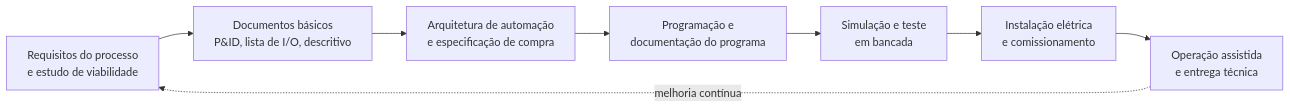
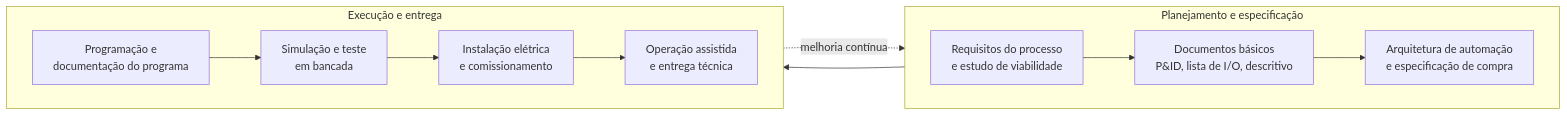
The diagram in apostila/diagramas/04-fluxo-projeto.mmd (wvianna/apostila-CLP-IFF), drawn with Mermaid before and after one commit. The commit also changed 33 other files, not shown here.

Commit message:
Adiciona seção sobre forte tipação e conversão de tipos e atualiza diagramas

```diff
--- a/apostila/diagramas/04-fluxo-projeto.mmd
+++ b/apostila/diagramas/04-fluxo-projeto.mmd
@@ -1,8 +1,14 @@
 flowchart LR
-  A["Requisitos do processo<br/>e estudo de viabilidade"] --> B["Documentos básicos<br/>P&amp;ID, lista de I/O, descritivo"]
-  B --> C["Arquitetura de automação<br/>e especificação de compra"]
-  C --> D["Programação e<br/>documentação do programa"]
-  D --> E["Simulação e teste<br/>em bancada"]
-  E --> F["Instalação elétrica<br/>e comissionamento"]
-  F --> G["Operação assistida<br/>e entrega técnica"]
+  subgraph plano["Planejamento e especificação"]
+    direction LR
+    A["Requisitos do processo<br/>e estudo de viabilidade"] --> B["Documentos básicos<br/>P&amp;ID, lista de I/O, descritivo"]
+    B --> C["Arquitetura de automação<br/>e especificação de compra"]
+  end
+  subgraph execu["Execução e entrega"]
+    direction LR
+    D["Programação e<br/>documentação do programa"] --> E["Simulação e teste<br/>em bancada"]
+    E --> F["Instalação elétrica<br/>e comissionamento"]
+    F --> G["Operação assistida<br/>e entrega técnica"]
+  end
+  C --> D
   G -.->|"melhoria contínua"| A
```
